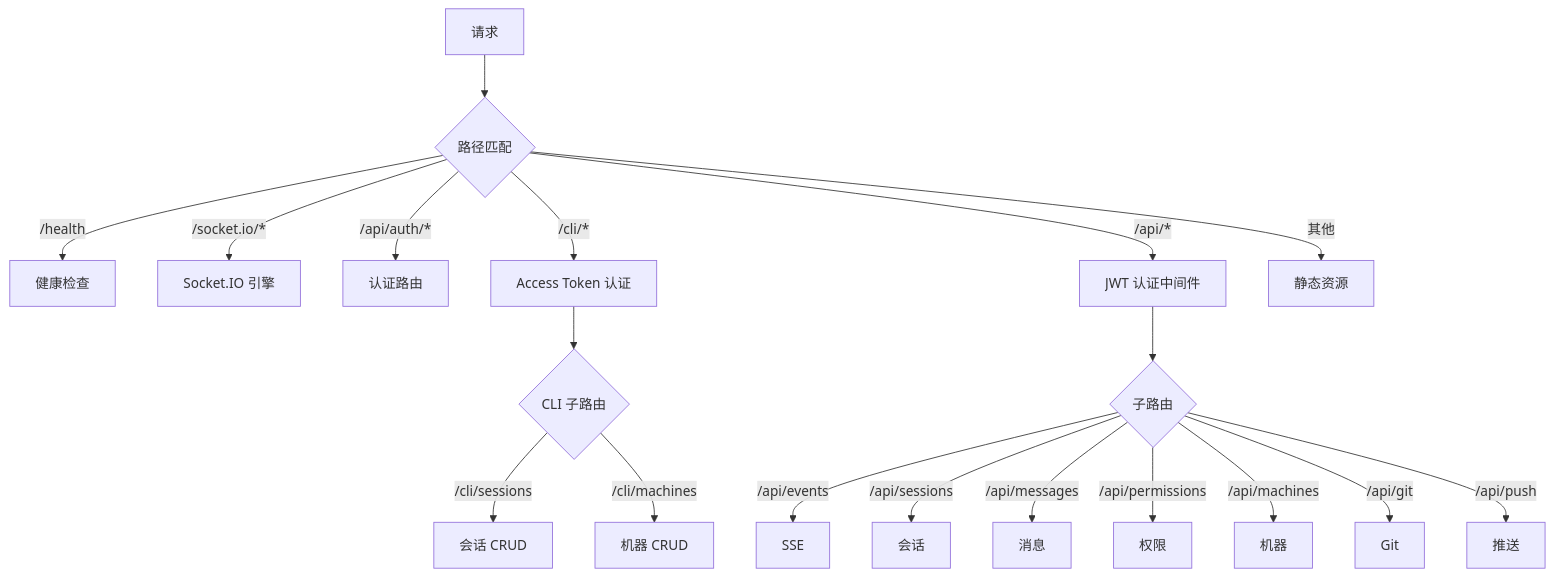
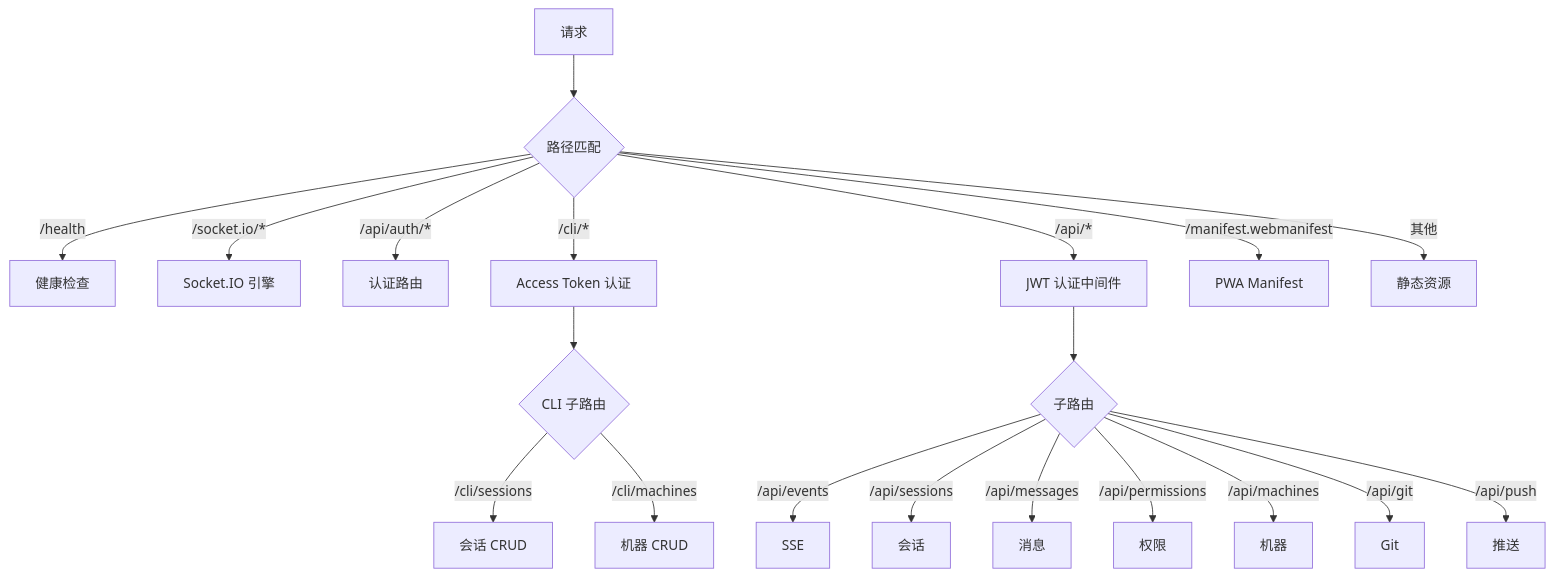
One commit to ModuBit/mobi changed the first of 2 diagrams in docs/architecture/hub/web/README.md. Above: the diagram before and after it, drawn with Mermaid. The commit also changed other lines of this file and 56 other files, not shown here.

````diff
--- a/docs/architecture/hub/web/README.md
+++ b/docs/architecture/hub/web/README.md
@@ -36,24 +37,25 @@
 ```mermaid
 flowchart TB
     request[请求] --> match{路径匹配}
 
     match -->|/health| health[健康检查]
     match -->|/socket.io/*| socketio[Socket.IO 引擎]
     match -->|/api/auth/*| auth[认证路由]
     match -->|/cli/*| cli_auth[Access Token 认证]
     cli_auth --> cli{CLI 子路由}
     cli -->|/cli/sessions| cli_sess[会话 CRUD]
     cli -->|/cli/machines| cli_machine[机器 CRUD]
 
     match -->|/api/*| jwt[JWT 认证中间件]
     jwt --> submatch{子路由}
     submatch -->|/api/events| sse[SSE]
     submatch -->|/api/sessions| sessions[会话]
     submatch -->|/api/messages| messages[消息]
     submatch -->|/api/permissions| permissions[权限]
     submatch -->|/api/machines| machines[机器]
     submatch -->|/api/git| git[Git]
     submatch -->|/api/push| push[推送]
 
+    match -->|/manifest.webmanifest| manifest[PWA Manifest]
     match -->|其他| static[静态资源]
 ```
````
